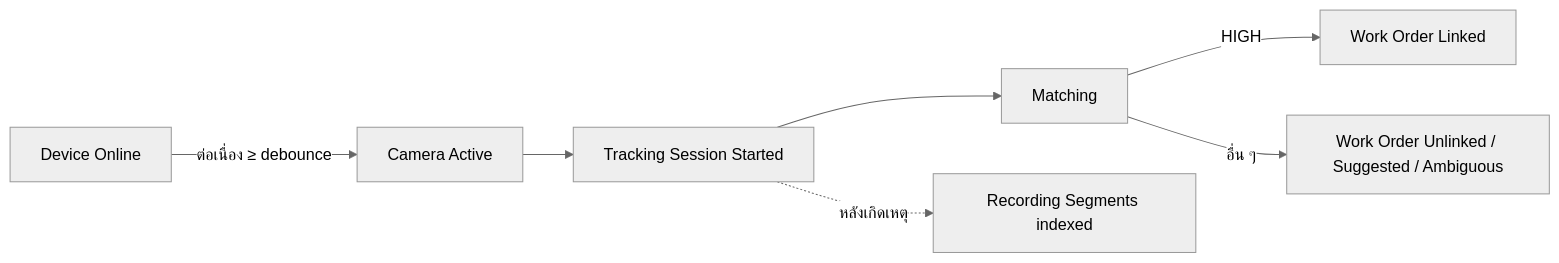
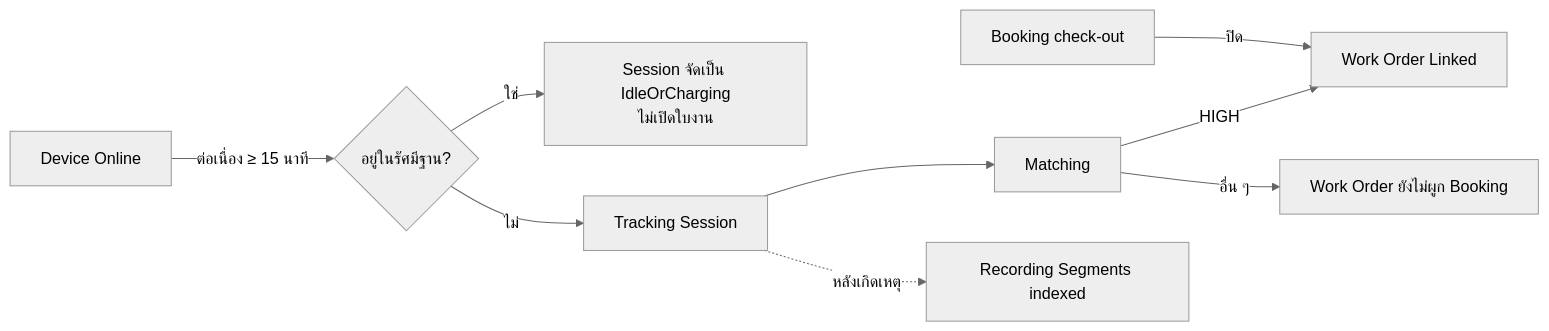
The first of 12 diagrams in docs/blueprint/03-business-workflows.md (b-werayut/psd-bodycam-v1.0), drawn with Mermaid (neutral theme) before and after one commit. The commit also changed other lines of this file and 8 other files, not shown here.

````diff
--- a/docs/blueprint/03-business-workflows.md
+++ b/docs/blueprint/03-business-workflows.md
@@ -19,9 +22,11 @@
 ```mermaid
 flowchart LR
-  A["Device Online"] -->|"ต่อเนื่อง ≥ debounce"| B["Camera Active"]
-  B --> C["Tracking Session Started"]
+  A["Device Online"] -->|"ต่อเนื่อง ≥ 15 นาที"| B{"อยู่ในรัศมีฐาน?"}
+  B -->|"ใช่"| Z["Session จัดเป็น IdleOrCharging<br/>ไม่เปิดใบงาน"]
+  B -->|"ไม่"| C["Tracking Session"]
   C --> D["Matching"]
   D -->|"HIGH"| E["Work Order Linked"]
-  D -->|"อื่น ๆ"| F["Work Order Unlinked / Suggested / Ambiguous"]
+  D -->|"อื่น ๆ"| F["Work Order ยังไม่ผูก Booking"]
+  BK["Booking check-out"] -->|"ปิด"| E
   C -. "หลังเกิดเหตุ" .-> G["Recording Segments indexed"]
 ```
````
